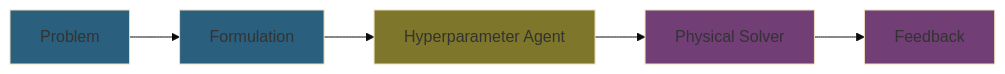
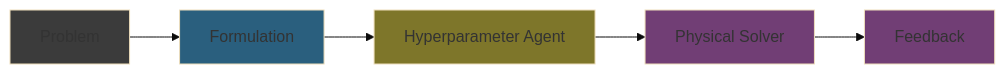
The first of 3 diagrams in docs/notes.md (NaTHuber/HyperparamAgent-Architecture), drawn with Mermaid (base theme) before and after one commit. The commit also changed other lines of this file, not shown here.

````diff
--- a/docs/notes.md
+++ b/docs/notes.md
@@ -34,19 +34,19 @@
 ```mermaid 
     graph LR
     A[Problem]
     B[Formulation]
     C[Hyperparameter Agent]
     D[Physical Solver]
     E[Feedback]
 
     A --> B
     B --> C
     C --> D
     D --> E
 
-    style A fill: #2a5f7e
+    style A fill: #3b3b3b
     style B fill: #2a5f7e
     style C fill: #7e762a
     style D fill: #713e75
     style E fill: #713e75
 ```
````
